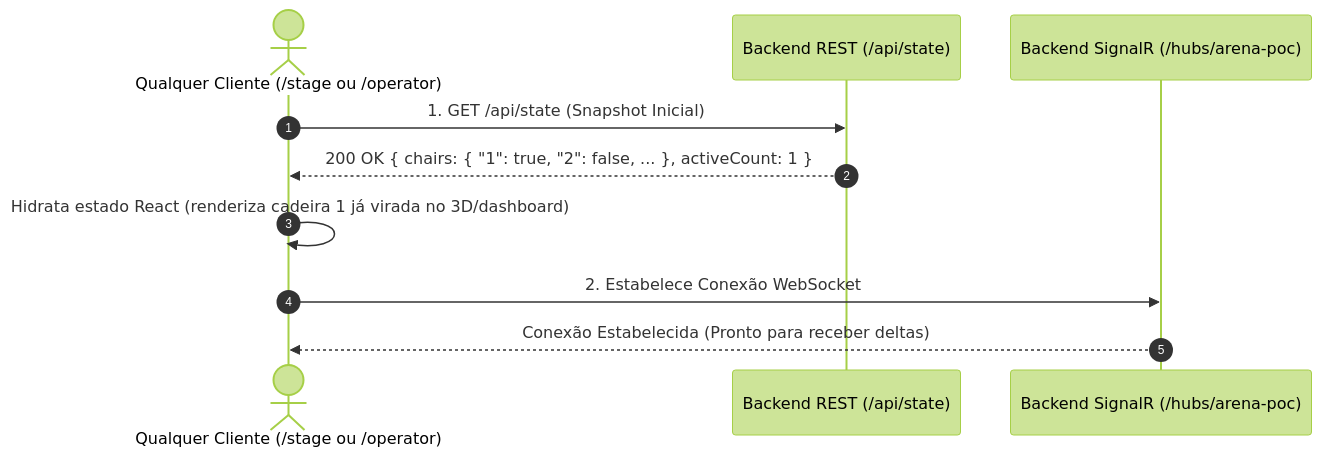
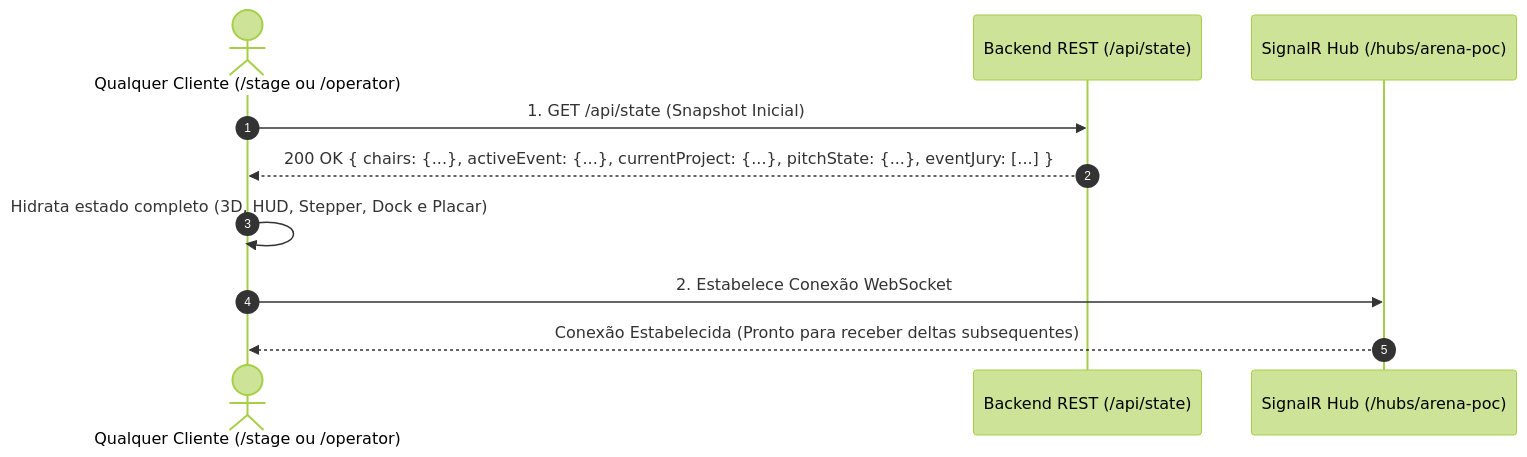
The fifth of 5 diagrams in docs/architecture.md (andregodoyro/arena-voice-poc), drawn with Mermaid (forest theme) before and after one commit. The commit also changed other lines of this file and 5 other files, not shown here.

````diff
--- a/docs/architecture.md
+++ b/docs/architecture.md
@@ -119,14 +249,14 @@
 ```mermaid
 sequenceDiagram
     autonumber
     actor Client as Qualquer Cliente (/stage ou /operator)
     participant API as Backend REST (/api/state)
-    participant Hub as Backend SignalR (/hubs/arena-poc)
+    participant Hub as SignalR Hub (/hubs/arena-poc)
 
     Client->>API: 1. GET /api/state (Snapshot Inicial)
-    API-->>Client: 200 OK { chairs: { "1": true, "2": false, ... }, activeCount: 1 }
-    Client->>Client: Hidrata estado React (renderiza cadeira 1 já virada no 3D/dashboard)
+    API-->>Client: 200 OK { chairs: {...}, activeEvent: {...}, currentProject: {...}, pitchState: {...}, eventJury: [...] }
+    Client->>Client: Hidrata estado completo (3D, HUD, Stepper, Dock e Placar)
 
     Client->>Hub: 2. Estabelece Conexão WebSocket
-    Hub-->>Client: Conexão Estabelecida (Pronto para receber deltas)
+    Hub-->>Client: Conexão Estabelecida (Pronto para receber deltas subsequentes)
 ```
````
